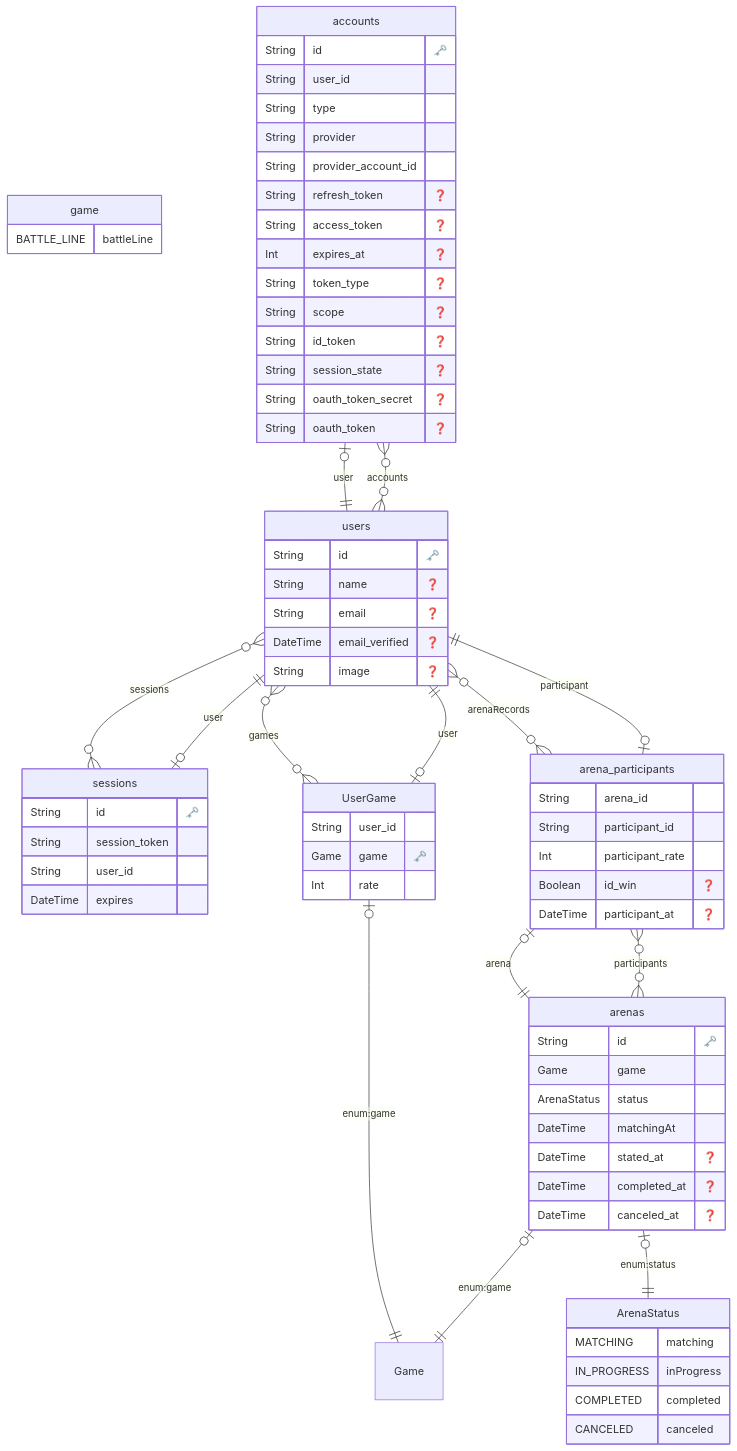
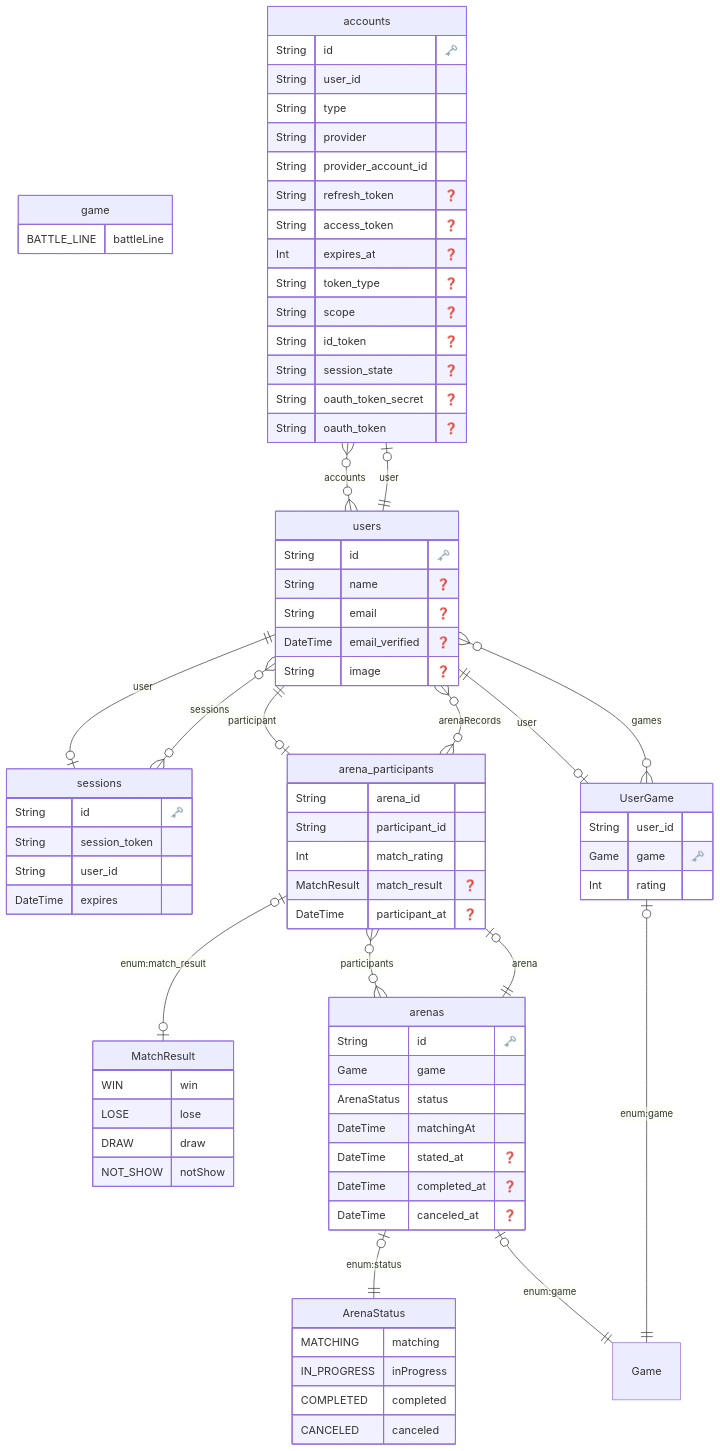
One commit to hotter6163/rate-world changed the diagram in prisma/schema.md. Above: the diagram before and after it, drawn with Mermaid. The commit also changed 1 other file, not shown here.

Commit message:
:label: add MatchResult enum and change some field names

````diff
--- a/prisma/schema.md
+++ b/prisma/schema.md
@@ -12,6 +12,15 @@
 IN_PROGRESS inProgress
 COMPLETED completed
 CANCELED canceled
+        }
+    
+
+
+        MatchResult {
+            WIN win
+LOSE lose
+DRAW draw
+NOT_SHOW notShow
         }
     
   "accounts" {
@@ -52,7 +61,7 @@
   "UserGame" {
     String user_id 
     Game game "🗝️"
-    Int rate 
+    Int rating 
     }
   
 
@@ -70,8 +79,8 @@
   "arena_participants" {
     String arena_id 
     String participant_id 
-    Int participant_rate 
-    Boolean id_win "❓"
+    Int match_rating 
+    MatchResult match_result "❓"
     DateTime participant_at "❓"
     }
   
@@ -86,6 +95,7 @@
     "arenas" o|--|| "Game" : "enum:game"
     "arenas" o|--|| "ArenaStatus" : "enum:status"
     "arenas" o{--}o "arena_participants" : "participants"
+    "arena_participants" o|--|o "MatchResult" : "enum:match_result"
     "arena_participants" o|--|| "arenas" : "arena"
     "arena_participants" o|--|| "users" : "participant"
 ```
````
